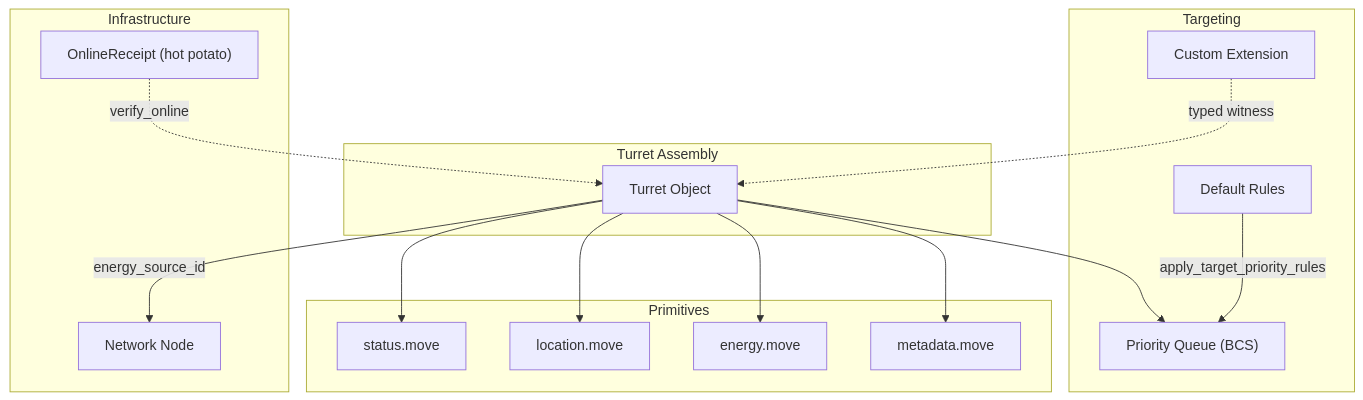
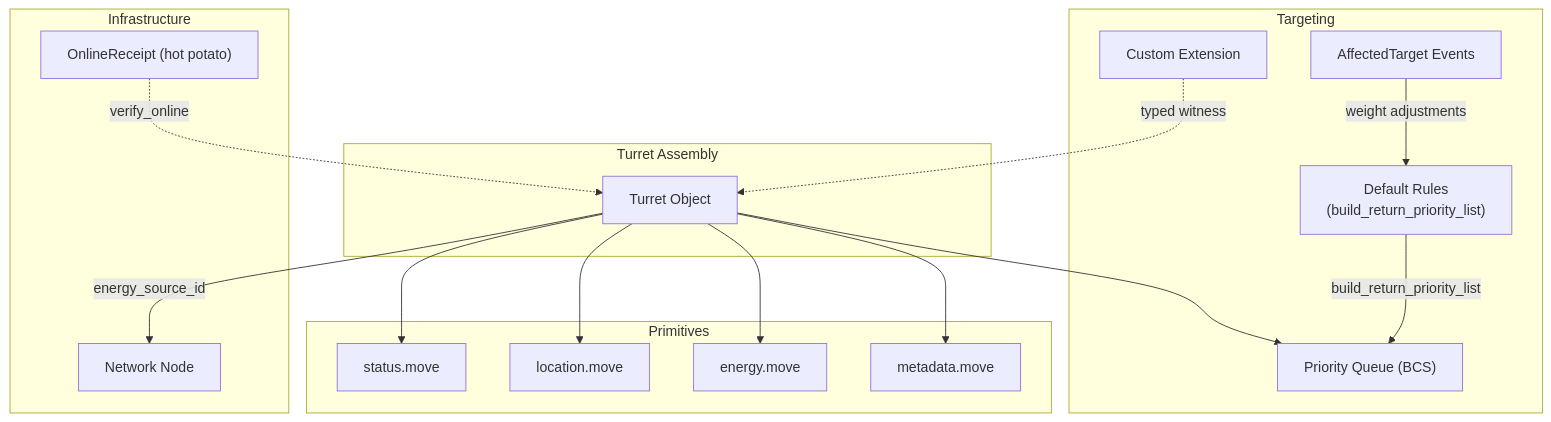
Before and after one commit to Scetrov/frontier.scetrov.live: the first of 3 diagrams in content/develop/world-contracts/assemblies/turret.move.md, drawn with Mermaid. The commit also changed other lines of this file and 8 other files, not shown here.

````diff
--- a/content/develop/world-contracts/assemblies/turret.move.md
+++ b/content/develop/world-contracts/assemblies/turret.move.md
@@ -24,34 +28,36 @@
 ```mermaid
 flowchart TD
     subgraph Turret Assembly
         T[Turret Object]
     end
 
     subgraph Primitives
         Status["status.move"]
         Location["location.move"]
         Energy["energy.move"]
         Metadata["metadata.move"]
     end
 
     subgraph Targeting
         P["Priority Queue (BCS)"]
-        Rules["Default Rules"]
+        Rules["Default Rules\n(build_return_priority_list)"]
         Ext["Custom Extension"]
+        AT["AffectedTarget Events"]
     end
 
     subgraph Infrastructure
         NWN["Network Node"]
         Receipt["OnlineReceipt (hot potato)"]
     end
 
     T --> Status
     T --> Location
     T --> Energy
     T --> Metadata
     T -->|energy_source_id| NWN
     T --> P
-    Rules -->|apply_target_priority_rules| P
+    Rules -->|build_return_priority_list| P
+    AT -->|weight adjustments| Rules
     Ext -.->|typed witness| T
     Receipt -.->|verify_online| T
 ```
````
